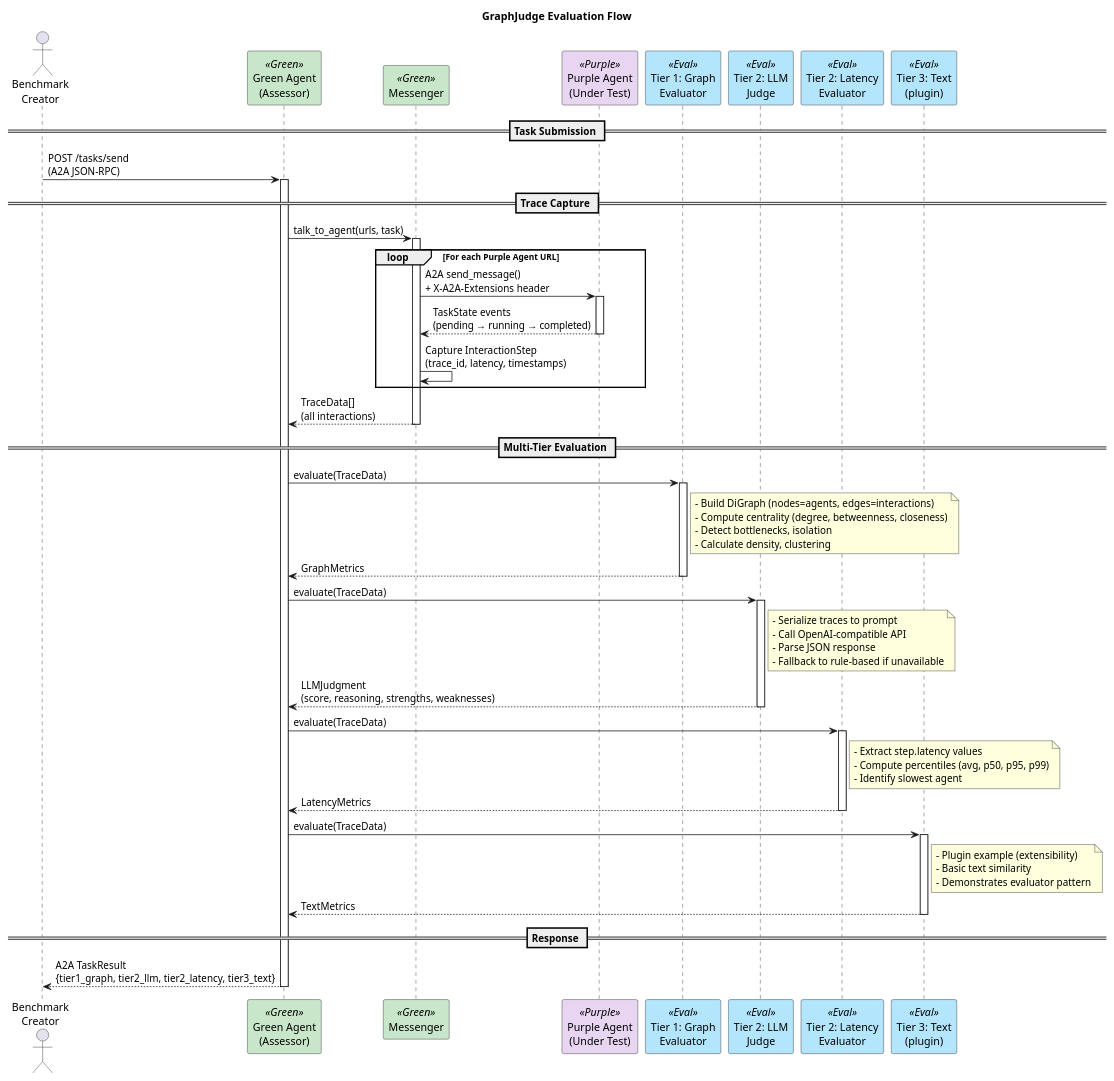
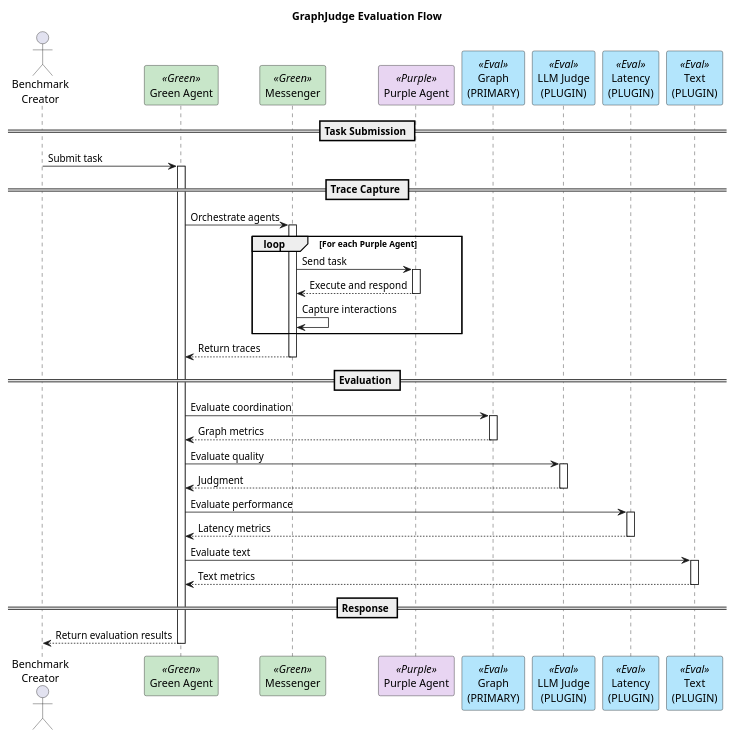
One commit to qte77/RDI-AgentBeats-MAS-GraphJudge changed the diagram in docs/arch_vis/EvaluationFlow.puml. Above: the diagram before and after it, drawn with PlantUML. The commit also changed 5 other files, not shown here.

First line of the commit message:
docs: optimize architecture diagrams and add PNG exports

```diff
--- a/docs/arch_vis/EvaluationFlow.puml
+++ b/docs/arch_vis/EvaluationFlow.puml
@@ -1,85 +1,63 @@
 @startuml EvaluationFlow
 title GraphJudge Evaluation Flow
 
 skinparam participant {
     BackgroundColor<<Purple>> #E8D5F2
     BackgroundColor<<Green>> #C8E6C9
     BackgroundColor<<Eval>> #B3E5FC
 }
 
 actor "Benchmark\nCreator" as User
-participant "Green Agent\n(Assessor)" as Green <<Green>>
+participant "Green Agent" as Green <<Green>>
 participant "Messenger" as Msg <<Green>>
-participant "Purple Agent\n(Under Test)" as Purple <<Purple>>
-participant "Tier 1: Graph\nEvaluator" as Graph <<Eval>>
-participant "Tier 2: LLM\nJudge" as LLM <<Eval>>
-participant "Tier 2: Latency\nEvaluator" as Latency <<Eval>>
-participant "Tier 3: Text\n(plugin)" as Text <<Eval>>
+participant "Purple Agent" as Purple <<Purple>>
+participant "Graph\n(PRIMARY)" as Graph <<Eval>>
+participant "LLM Judge\n(PLUGIN)" as LLM <<Eval>>
+participant "Latency\n(PLUGIN)" as Latency <<Eval>>
+participant "Text\n(PLUGIN)" as Text <<Eval>>
 
 == Task Submission ==
-User -> Green: POST /tasks/send\n(A2A JSON-RPC)
+User -> Green: Submit task
 activate Green
 
 == Trace Capture ==
-Green -> Msg: talk_to_agent(urls, task)
+Green -> Msg: Orchestrate agents
 activate Msg
 
-loop For each Purple Agent URL
-    Msg -> Purple: A2A send_message()\n+ X-A2A-Extensions header
+loop For each Purple Agent
+    Msg -> Purple: Send task
     activate Purple
-    Purple --> Msg: TaskState events\n(pending → running → completed)
+    Purple --> Msg: Execute and respond
     deactivate Purple
-    Msg -> Msg: Capture InteractionStep\n(trace_id, latency, timestamps)
+    Msg -> Msg: Capture interactions
 end
 
-Msg --> Green: TraceData[]\n(all interactions)
+Msg --> Green: Return traces
 deactivate Msg
 
-== Multi-Tier Evaluation ==
-Green -> Graph: evaluate(TraceData)
+== Evaluation ==
+Green -> Graph: Evaluate coordination
 activate Graph
-note right of Graph
-  - Build DiGraph (nodes=agents, edges=interactions)
-  - Compute centrality (degree, betweenness, closeness)
-  - Detect bottlenecks, isolation
-  - Calculate density, clustering
-end note
-Graph --> Green: GraphMetrics
+Graph --> Green: Graph metrics
 deactivate Graph
 
-Green -> LLM: evaluate(TraceData)
+Green -> LLM: Evaluate quality
 activate LLM
-note right of LLM
-  - Serialize traces to prompt
-  - Call OpenAI-compatible API
-  - Parse JSON response
-  - Fallback to rule-based if unavailable
-end note
-LLM --> Green: LLMJudgment\n(score, reasoning, strengths, weaknesses)
+LLM --> Green: Judgment
 deactivate LLM
 
-Green -> Latency: evaluate(TraceData)
+Green -> Latency: Evaluate performance
 activate Latency
-note right of Latency
-  - Extract step.latency values
-  - Compute percentiles (avg, p50, p95, p99)
-  - Identify slowest agent
-end note
-Latency --> Green: LatencyMetrics
+Latency --> Green: Latency metrics
 deactivate Latency
 
-Green -> Text: evaluate(TraceData)
+Green -> Text: Evaluate text
 activate Text
-note right of Text
-  - Plugin example (extensibility)
-  - Basic text similarity
-  - Demonstrates evaluator pattern
-end note
-Text --> Green: TextMetrics
+Text --> Green: Text metrics
 deactivate Text
 
 == Response ==
-Green --> User: A2A TaskResult\n{tier1_graph, tier2_llm, tier2_latency, tier3_text}
+Green --> User: Return evaluation results
 deactivate Green
 
 @enduml
```
